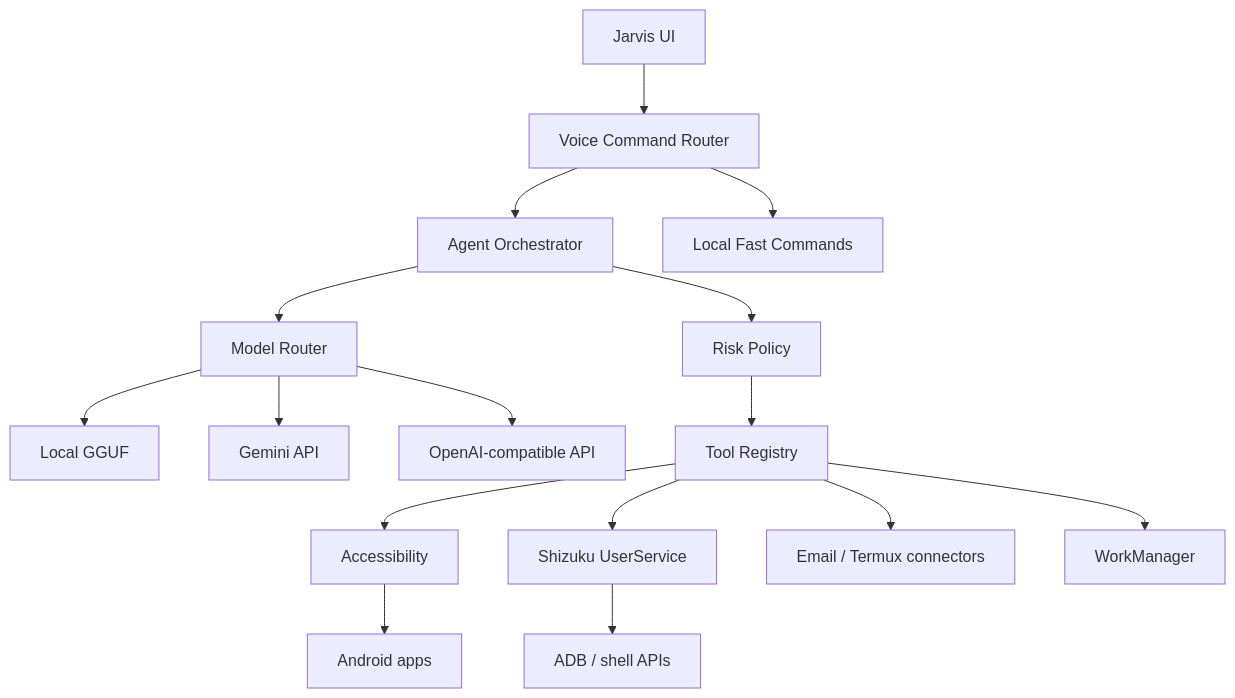
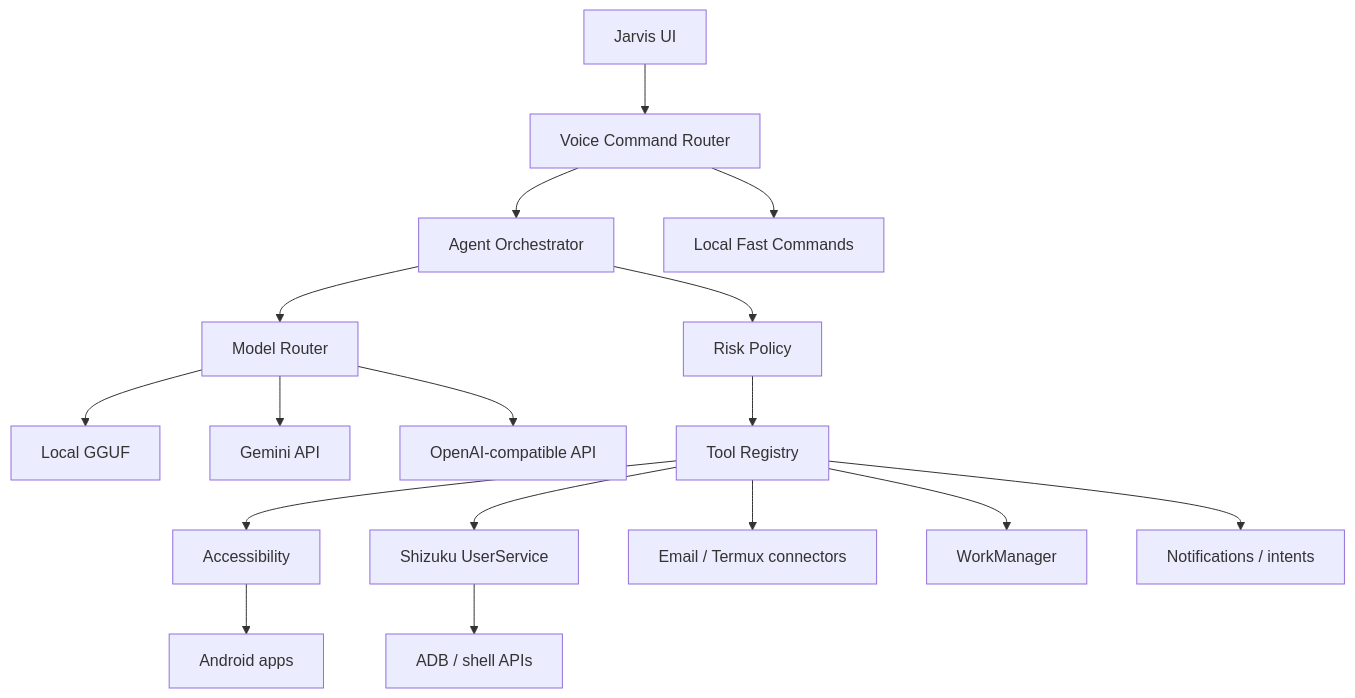
The diagram in README.md (VadymYem/Jarvis), drawn with Mermaid before and after one commit. The commit also changed other lines of this file and 27 other files, not shown here.

````diff
--- a/README.md
+++ b/README.md
@@ -39,18 +45,19 @@
 ```mermaid
 flowchart TD
     UI["Jarvis UI"] --> VOICE["Voice Command Router"]
     VOICE --> LOOP["Agent Orchestrator"]
     VOICE --> FAST["Local Fast Commands"]
     LOOP --> ROUTER["Model Router"]
     ROUTER --> LOCAL["Local GGUF"]
     ROUTER --> GEMINI["Gemini API"]
     ROUTER --> CLOUD["OpenAI-compatible API"]
     LOOP --> POLICY["Risk Policy"]
     POLICY --> TOOLS["Tool Registry"]
     TOOLS --> A11Y["Accessibility"]
     TOOLS --> SHI["Shizuku UserService"]
     TOOLS --> CONNECT["Email / Termux connectors"]
     TOOLS --> JOBS["WorkManager"]
+    TOOLS --> NOTIFY["Notifications / intents"]
     A11Y --> APPS["Android apps"]
     SHI --> SHELL["ADB / shell APIs"]
 ```
````
